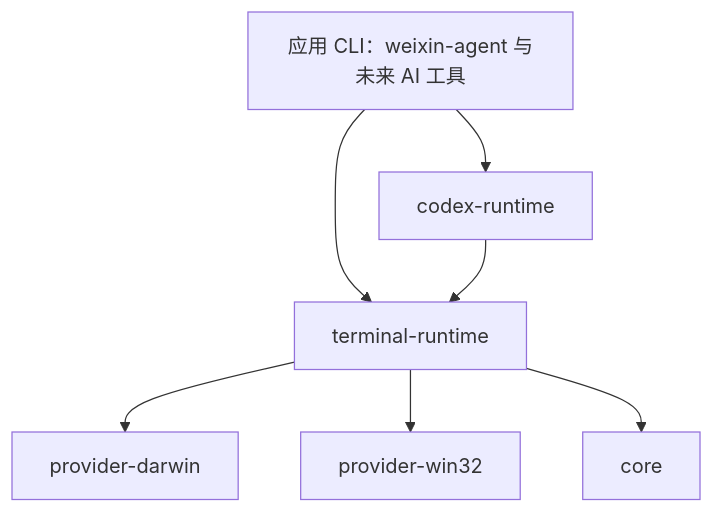
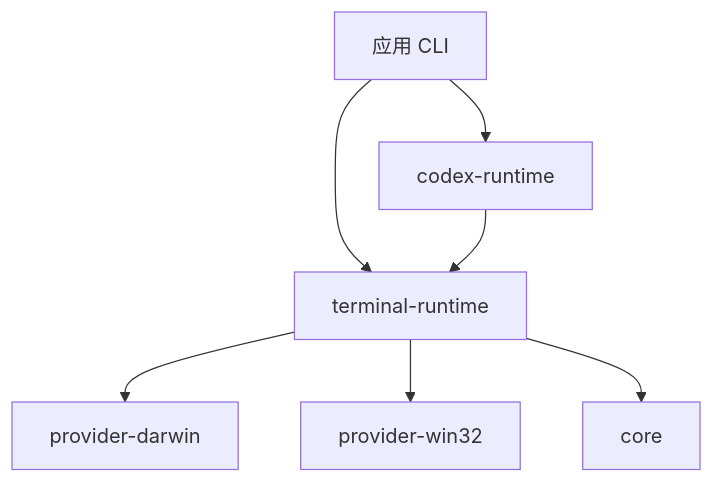
One commit to duo121/metacli changed the first of 2 diagrams in README.zh-CN.md. Above: the diagram before and after it, drawn with Mermaid. The commit also changed other lines of this file and 6 other files, not shown here.

````diff
--- a/README.zh-CN.md
+++ b/README.zh-CN.md
@@ -19,9 +19,9 @@
 ```mermaid
 flowchart TD
-  app["应用 CLI：weixin-agent 与未来 AI 工具"] --> codex["codex-runtime"]
+  app["应用 CLI"] --> codex["codex-runtime"]
   app --> runtime["terminal-runtime"]
   codex --> runtime
   runtime --> darwin["provider-darwin"]
   runtime --> win32["provider-win32"]
   runtime --> core["core"]
 ```
````
